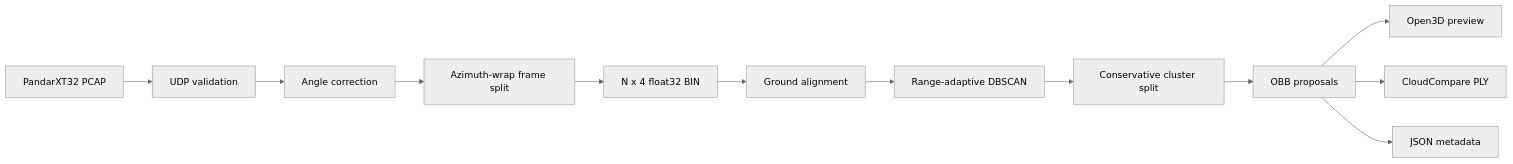
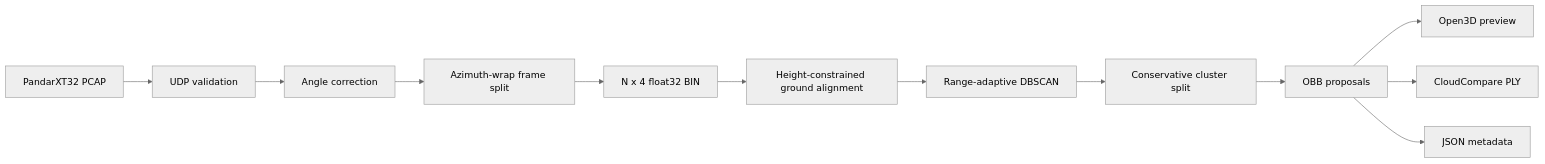
The diagram in README.md (huijiaguonian/lidar_data_processing), drawn with Mermaid (neutral theme) before and after one commit. The commit also changed other lines of this file and 14 other files, not shown here.

````diff
--- a/README.md
+++ b/README.md
@@ -35,14 +36,14 @@
 ```mermaid
 flowchart LR
     A[PandarXT32 PCAP] --> B[UDP validation]
     B --> C[Angle correction]
     C --> D[Azimuth-wrap frame split]
     D --> E[N x 4 float32 BIN]
-    E --> F[Ground alignment]
+    E --> F[Height-constrained ground alignment]
     F --> G[Range-adaptive DBSCAN]
     G --> H[Conservative cluster split]
     H --> I[OBB proposals]
     I --> J[Open3D preview]
     I --> K[CloudCompare PLY]
     I --> L[JSON metadata]
 ```
````
